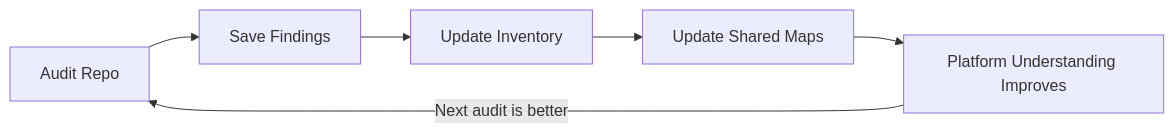
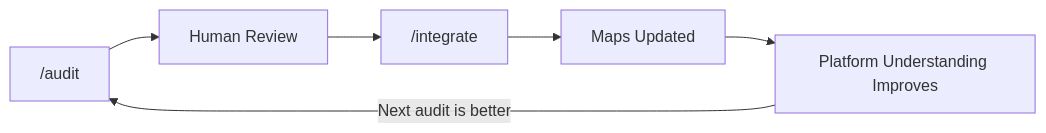
Before and after one commit to starplayerr/master-control-protocol: the third of 3 diagrams in diagrams/workflow-self-audit.md, drawn with Mermaid. The commit also changed other lines of this file and 9 other files, not shown here.

````diff
--- a/diagrams/workflow-self-audit.md
+++ b/diagrams/workflow-self-audit.md
@@ -39,8 +46,8 @@
 ```mermaid
 flowchart LR
-    audit[Audit Repo] --> save[Save Findings]
-    save --> inventory[Update Inventory]
-    inventory --> maps[Update Shared Maps]
+    audit["/audit"] --> review[Human Review]
+    review --> integrate["/integrate"]
+    integrate --> maps[Maps Updated]
     maps --> understanding[Platform Understanding Improves]
     understanding -->|Next audit is better| audit
 ```
````
